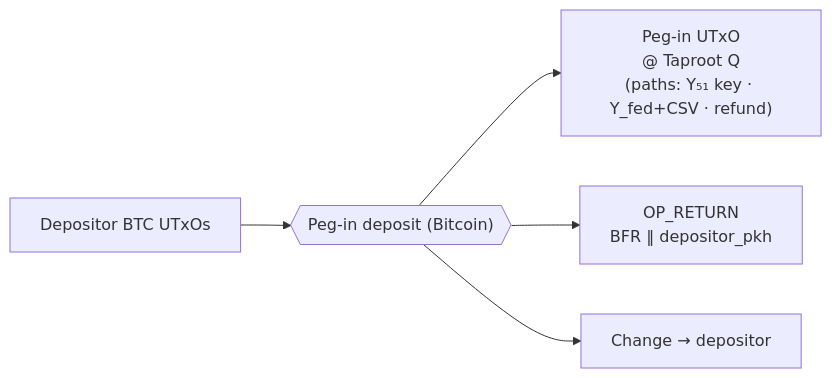
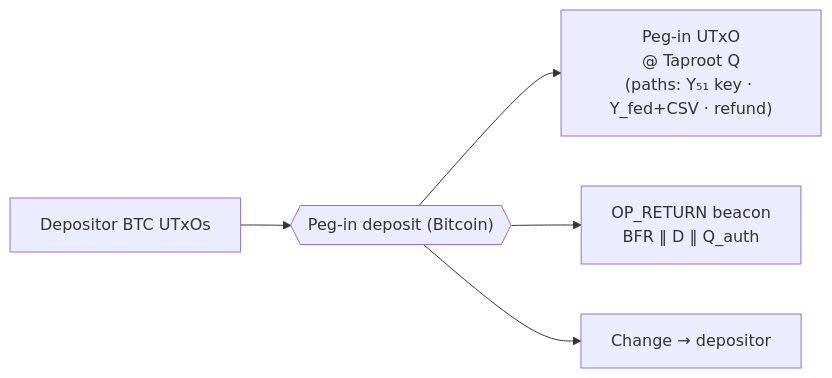
Before and after one commit to FluidTokens/ft-bifrost-bridge: the first of 11 diagrams in documentation/technical_documentation.md, drawn with Mermaid. The commit also changed other lines of this file, not shown here.

````diff
--- a/documentation/technical_documentation.md
+++ b/documentation/technical_documentation.md
@@ -694,7 +742,7 @@
 ```mermaid
 flowchart LR
   dep_in["Depositor BTC UTxOs"] --> tx{{"Peg-in deposit (Bitcoin)"}}
   tx --> pegin["Peg-in UTxO<br/>@ Taproot Q<br/>(paths: Y₅₁ key · Y_fed+CSV · refund)"]
-  tx --> opret["OP_RETURN<br/>BFR ‖ depositor_pkh"]
+  tx --> opret["OP_RETURN beacon<br/>BFR ‖ D ‖ Q_auth"]
   tx --> change["Change → depositor"]
 ```
````
